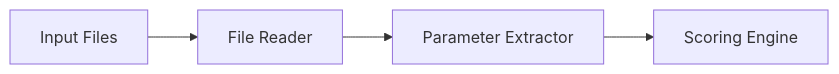
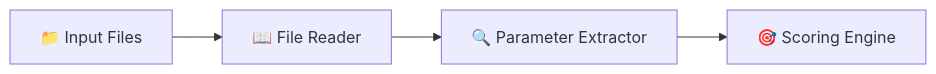
One commit to Pooja-Vishnoi/GenAI_Hackathon changed the third of 9 diagrams in README.md. Above: the diagram before and after it, drawn with Mermaid. The commit also changed other lines of this file, not shown here.

````diff
--- a/README.md
+++ b/README.md
@@ -75,6 +81,6 @@
 ```mermaid
 graph LR
-    INPUT[Input Files] --> RF[File Reader]
-    RF --> PE[Parameter Extractor]
-    PE --> SC[Scoring Engine]
+    INPUT[📁 Input Files] --> RF[📖 File Reader]
+    RF --> PE[🔍 Parameter Extractor]
+    PE --> SC[🎯 Scoring Engine]
 ```
````
